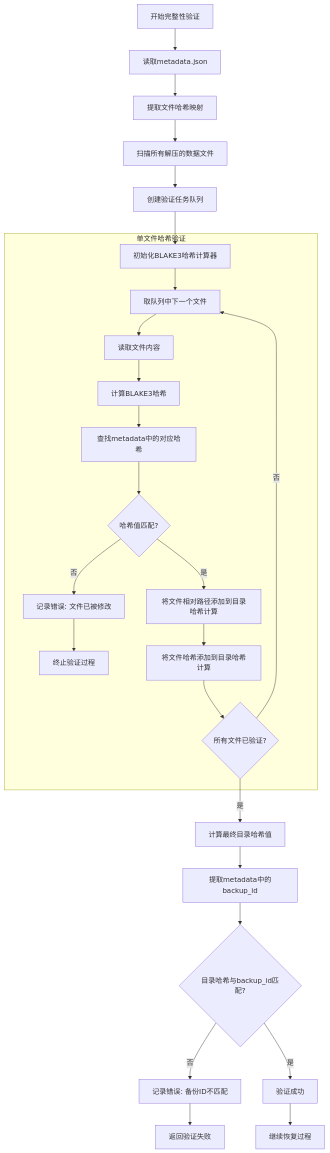
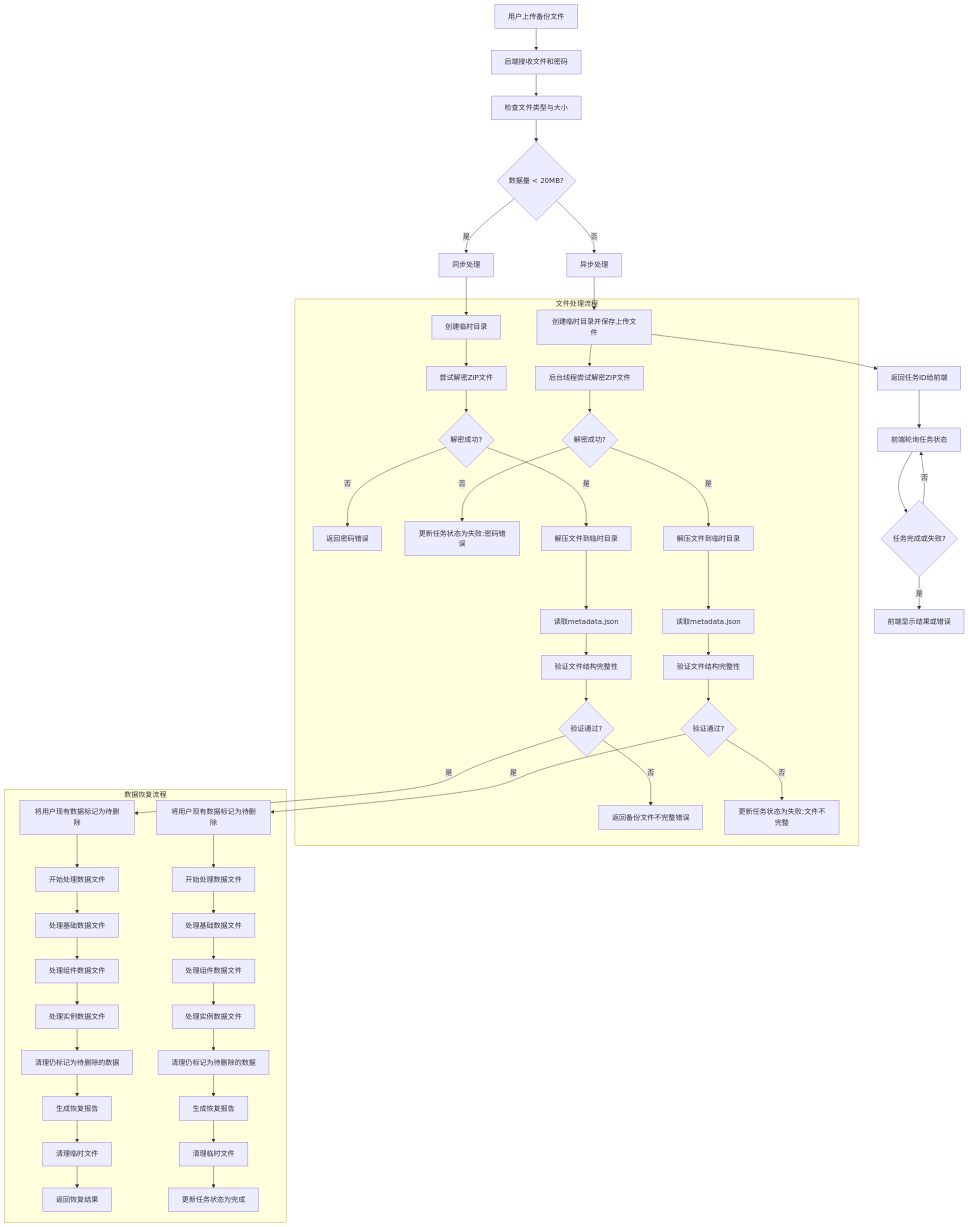
One commit to yingjianzh/iodraw-files changed the diagram in all/未命名-61.md. Above: the diagram before and after it, drawn with Mermaid.

Commit message:
2025-05-15 18:12:37 update

````diff
--- a/all/未命名-61.md
+++ b/all/未命名-61.md
@@ -1,38 +1,74 @@
 ```mermaid
 flowchart TD
-    A[开始完整性验证] --> B[读取metadata.json]
-    B --> C[提取文件哈希映射]
+    A[用户上传备份文件] --> B[后端接收文件和密码]
+    B --> C[检查文件类型与大小]
     
-    C --> D[扫描所有解压的数据文件]
+    C --> D{数据量 < 20MB?}
     
-    D --> E[创建验证任务队列]
-    E --> F[初始化BLAKE3哈希计算器]
+    D -->|是| E1[同步处理]
+    D -->|否| E2[异步处理]
     
-    subgraph 单文件哈希验证
-        F --> G[取队列中下一个文件]
-        G --> H[读取文件内容]
-        H --> I[计算BLAKE3哈希]
+    E1 --> F1[创建临时目录]
+    E2 --> F2[创建临时目录并保存上传文件]
+    F2 --> G2[返回任务ID给前端]
+    
+    subgraph 文件处理流程
+        F1 --> H1[尝试解密ZIP文件]
+        F2 --> H2[后台线程尝试解密ZIP文件]
         
-        I --> J[查找metadata中的对应哈希]
-        J --> K{哈希值匹配?}
+        H1 --> I1{解密成功?}
+        H2 --> I2{解密成功?}
         
-        K -->|否| L["记录错误: 文件已被修改"]
-        L --> M[终止验证过程]
+        I1 -->|否| J1[返回密码错误]
+        I2 -->|否| J2[更新任务状态为失败:密码错误]
         
-        K -->|是| N[将文件相对路径添加到目录哈希计算]
-        N --> O[将文件哈希添加到目录哈希计算]
+        I1 -->|是| K1[解压文件到临时目录]
+        I2 -->|是| K2[解压文件到临时目录]
         
-        O --> P{所有文件已验证?}
-        P -->|否| G
+        K1 --> L1[读取metadata.json]
+        K2 --> L2[读取metadata.json]
+        
+        L1 --> M1[验证文件结构完整性]
+        L2 --> M2[验证文件结构完整性]
+        
+        M1 --> N1{验证通过?}
+        M2 --> N2{验证通过?}
+        
+        N1 -->|否| O1[返回备份文件不完整错误]
+        N2 -->|否| O2[更新任务状态为失败:文件不完整]
     end
     
-    P -->|是| Q[计算最终目录哈希值]
-    Q --> R[提取metadata中的backup_id]
+    subgraph 数据恢复流程
+        N1 -->|是| P1[将用户现有数据标记为待删除]
+        N2 -->|是| P2[将用户现有数据标记为待删除]
+        
+        P1 --> Q1[开始处理数据文件]
+        P2 --> Q2[开始处理数据文件]
+        
+        Q1 --> R1[处理基础数据文件]
+        Q2 --> R2[处理基础数据文件]
+        
+        R1 --> S1[处理组件数据文件]
+        R2 --> S2[处理组件数据文件]
+        
+        S1 --> T1[处理实例数据文件]
+        S2 --> T2[处理实例数据文件]
+        
+        T1 --> U1[清理仍标记为待删除的数据]
+        T2 --> U2[清理仍标记为待删除的数据]
+        
+        U1 --> V1[生成恢复报告]
+        U2 --> V2[生成恢复报告]
+        
+        V1 --> W1[清理临时文件]
+        V2 --> W2[清理临时文件]
+        
+        W1 --> X1[返回恢复结果]
+        W2 --> X2[更新任务状态为完成]
+    end
     
-    R --> S{目录哈希与backup_id匹配?}
-    S -->|否| T["记录错误: 备份ID不匹配"]
-    T --> U[返回验证失败]
-    
-    S -->|是| V[验证成功]
-    V --> W[继续恢复过程]
+    G2 --> Y[前端轮询任务状态]
+    Y --> Z{任务完成或失败?}
+    Z -->|否| Y
+    Z -->|是| AA[前端显示结果或错误]
 ```
````
